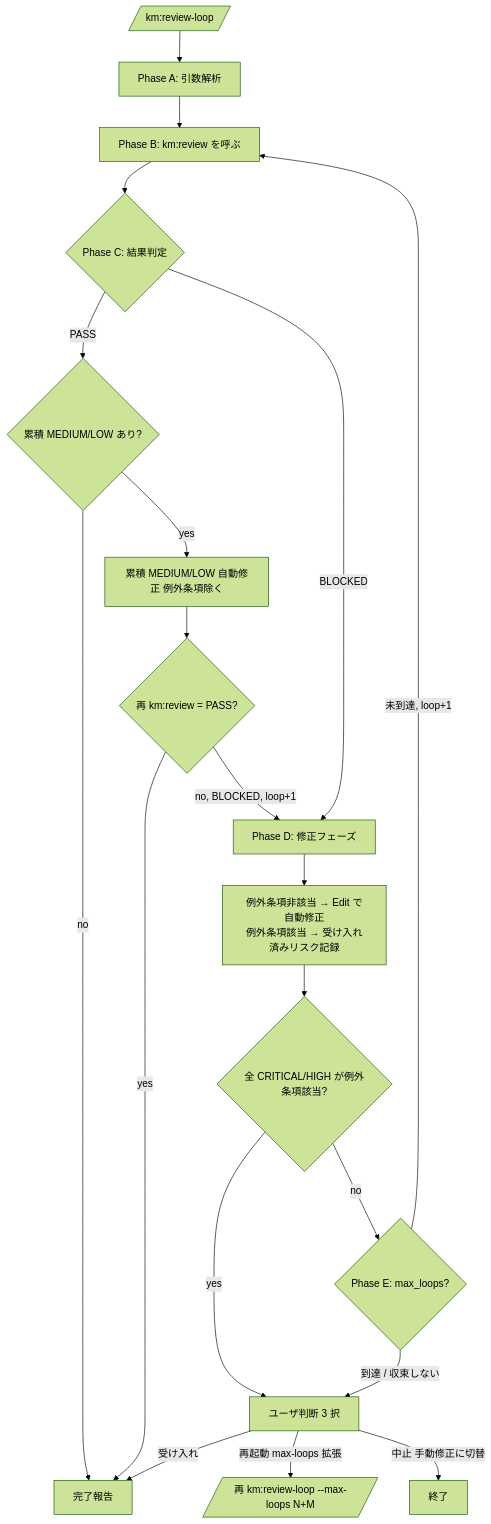
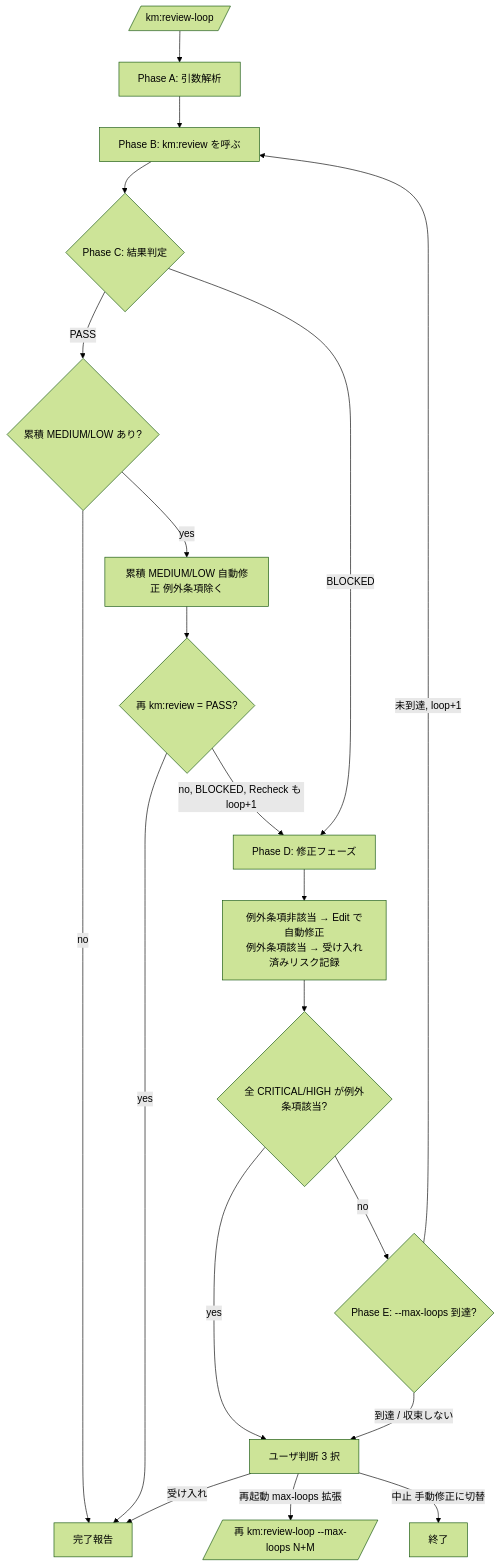
The diagram in templates/skills/review-loop/SKILL.md (koumatsumoto/agent-config), drawn with Mermaid (forest theme) before and after one commit. The commit also changed other lines of this file and 3 other files, not shown here.

````diff
--- a/templates/skills/review-loop/SKILL.md
+++ b/templates/skills/review-loop/SKILL.md
@@ -158,22 +158,22 @@
 ```mermaid
 flowchart TD
   Start[/km:review-loop/] --> A[Phase A: 引数解析]
   A --> B[Phase B: km:review を呼ぶ]
   B --> C{Phase C: 結果判定}
   C -->|PASS| HasFix{累積 MEDIUM/LOW あり?}
   HasFix -->|no| Done[完了報告]
   HasFix -->|yes| FinalFix[累積 MEDIUM/LOW 自動修正 例外条項除く]
   FinalFix --> Recheck{再 km:review = PASS?}
   Recheck -->|yes| Done
-  Recheck -->|no, BLOCKED, loop+1| D
+  Recheck -->|no, BLOCKED, Recheck も loop+1| D
   C -->|BLOCKED| D[Phase D: 修正フェーズ]
   D --> AutoFix[例外条項非該当 → Edit で自動修正<br/>例外条項該当 → 受け入れ済みリスク記録]
   AutoFix --> AllException{全 CRITICAL/HIGH が例外条項該当?}
   AllException -->|yes| User[ユーザ判断 3 択]
-  AllException -->|no| E{Phase E: max_loops?}
+  AllException -->|no| E{Phase E: --max-loops 到達?}
   E -->|未到達, loop+1| B
   E -->|到達 / 収束しない| User
   User -->|受け入れ| Done
   User -->|再起動 max-loops 拡張| Restart[/再 km:review-loop --max-loops N+M/]
   User -->|中止 手動修正に切替| Abort[終了]
 ```
````
